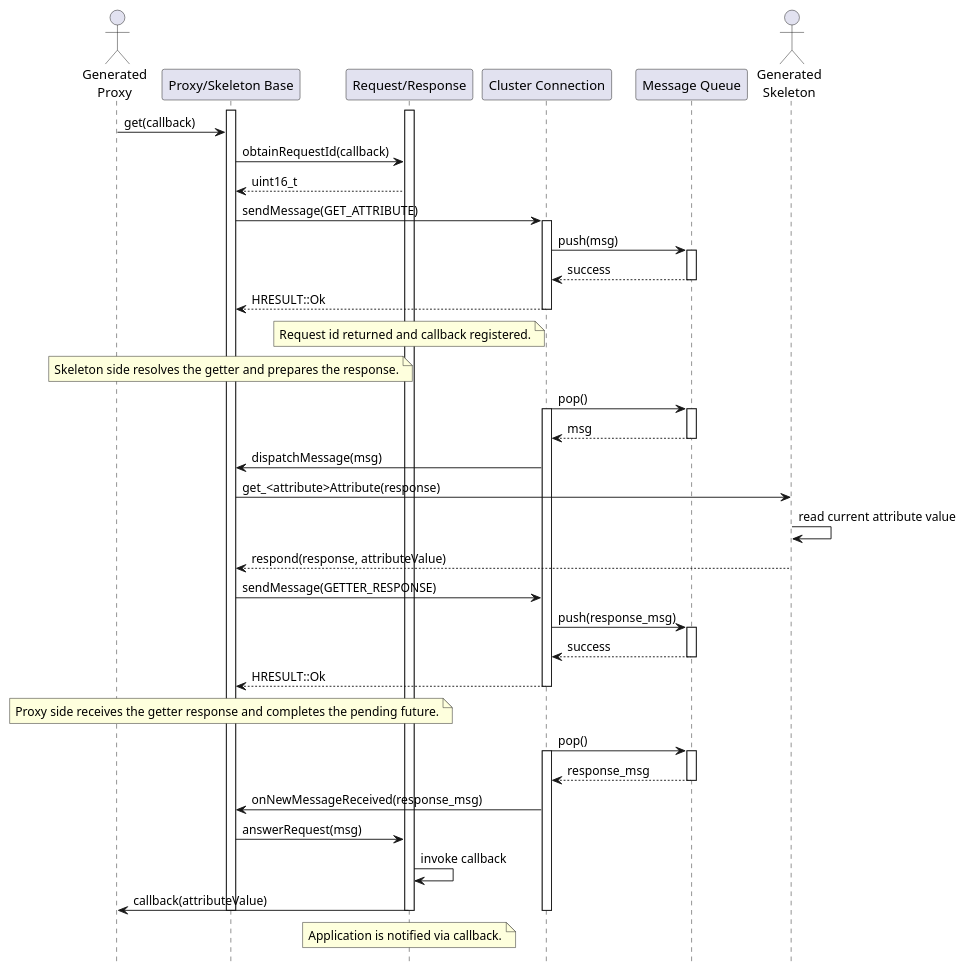
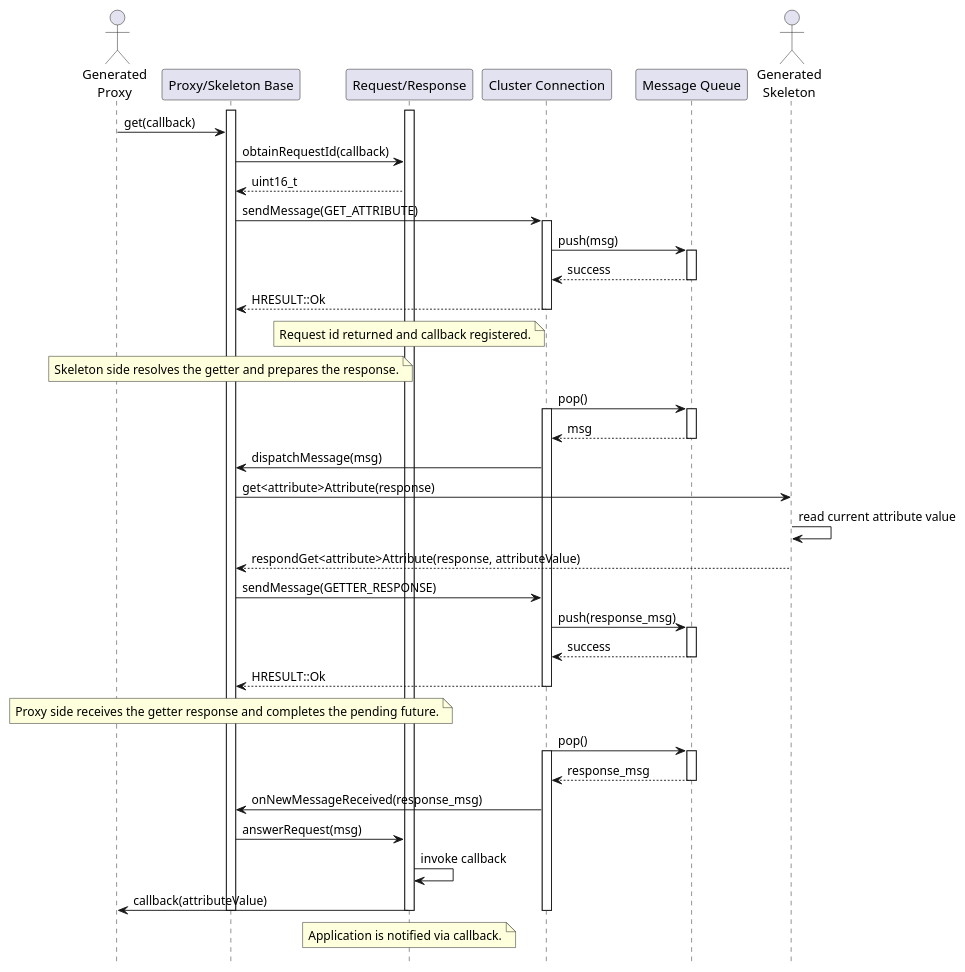
One commit to eclipse-openbsw/openbsw changed the diagram in libs/bsw/middleware/doc/arch/flows/attribute_access_getter_sequence.puml. Above: the diagram before and after it, drawn with PlantUML. The commit also changed 6 other files, not shown here.

```diff
--- a/libs/bsw/middleware/doc/arch/flows/attribute_access_getter_sequence.puml
+++ b/libs/bsw/middleware/doc/arch/flows/attribute_access_getter_sequence.puml
@@ -11,70 +11,70 @@
 @startuml
 
 hide footbox
 
 actor "Generated\nProxy" as generated_proxy
 participant "Proxy/Skeleton Base" as proxy_skeleton_base_unit
 participant "Request/Response" as request_response_unit
 participant "Cluster Connection" as cluster_connection_unit
 participant "Message Queue" as message_queue_unit
 actor "Generated\nSkeleton" as generated_skeleton
 
 activate proxy_skeleton_base_unit
 activate request_response_unit
 
 generated_proxy -> proxy_skeleton_base_unit : get(callback)
 proxy_skeleton_base_unit -> request_response_unit : obtainRequestId(callback)
 request_response_unit --> proxy_skeleton_base_unit : uint16_t
 proxy_skeleton_base_unit -> cluster_connection_unit : sendMessage(GET_ATTRIBUTE)
 activate cluster_connection_unit
 cluster_connection_unit -> message_queue_unit : push(msg)
 activate message_queue_unit
 message_queue_unit --> cluster_connection_unit : success
 deactivate message_queue_unit
 cluster_connection_unit --> proxy_skeleton_base_unit : HRESULT::Ok
 deactivate cluster_connection_unit
 
 note over request_response_unit : Request id returned and callback registered.
 
 note over proxy_skeleton_base_unit
   Skeleton side resolves the getter and prepares the response.
 end note
 
 cluster_connection_unit -> message_queue_unit : pop()
 activate cluster_connection_unit
 activate message_queue_unit
 message_queue_unit --> cluster_connection_unit : msg
 deactivate message_queue_unit
 cluster_connection_unit -> proxy_skeleton_base_unit : dispatchMessage(msg)
-proxy_skeleton_base_unit -> generated_skeleton : get_<attribute>Attribute(response)
+proxy_skeleton_base_unit -> generated_skeleton : get<attribute>Attribute(response)
 generated_skeleton -> generated_skeleton : read current attribute value
-generated_skeleton --> proxy_skeleton_base_unit : respond(response, attributeValue)
+generated_skeleton --> proxy_skeleton_base_unit : respondGet<attribute>Attribute(response, attributeValue)
 proxy_skeleton_base_unit -> cluster_connection_unit : sendMessage(GETTER_RESPONSE)
 cluster_connection_unit -> message_queue_unit : push(response_msg)
 activate message_queue_unit
 message_queue_unit --> cluster_connection_unit : success
 deactivate message_queue_unit
 cluster_connection_unit --> proxy_skeleton_base_unit : HRESULT::Ok
 deactivate cluster_connection_unit
 
 note over proxy_skeleton_base_unit
   Proxy side receives the getter response and completes the pending future.
 end note
 
 cluster_connection_unit -> message_queue_unit : pop()
 activate cluster_connection_unit
 activate message_queue_unit
 message_queue_unit --> cluster_connection_unit : response_msg
 deactivate message_queue_unit
 cluster_connection_unit -> proxy_skeleton_base_unit : onNewMessageReceived(response_msg)
 proxy_skeleton_base_unit -> request_response_unit : answerRequest(msg)
 request_response_unit -> request_response_unit : invoke callback
 request_response_unit -> generated_proxy : callback(attributeValue)
 
 note over request_response_unit : Application is notified via callback.
 
 deactivate cluster_connection_unit
 deactivate request_response_unit
 deactivate proxy_skeleton_base_unit
 
 @enduml
```
